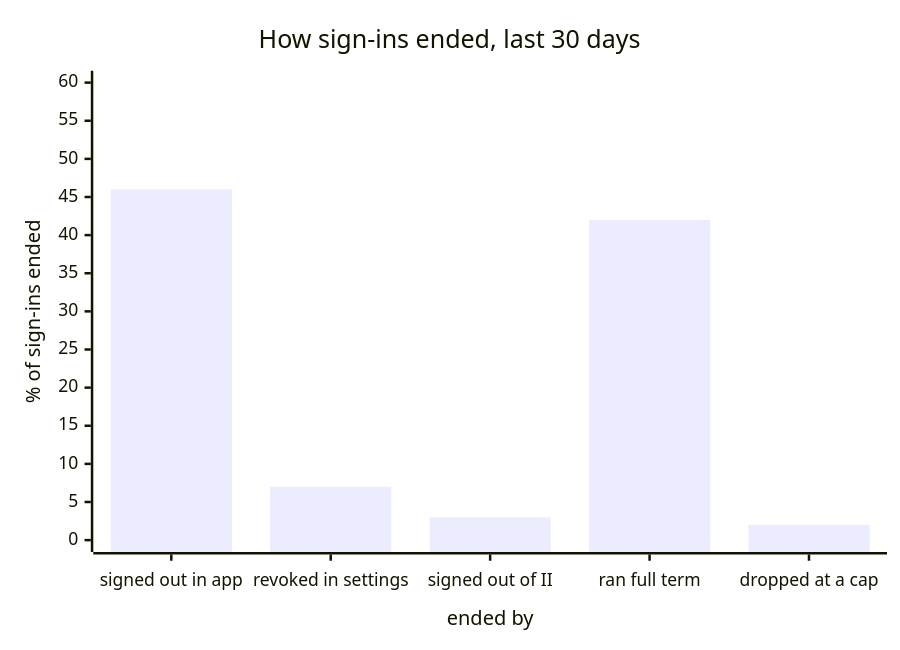
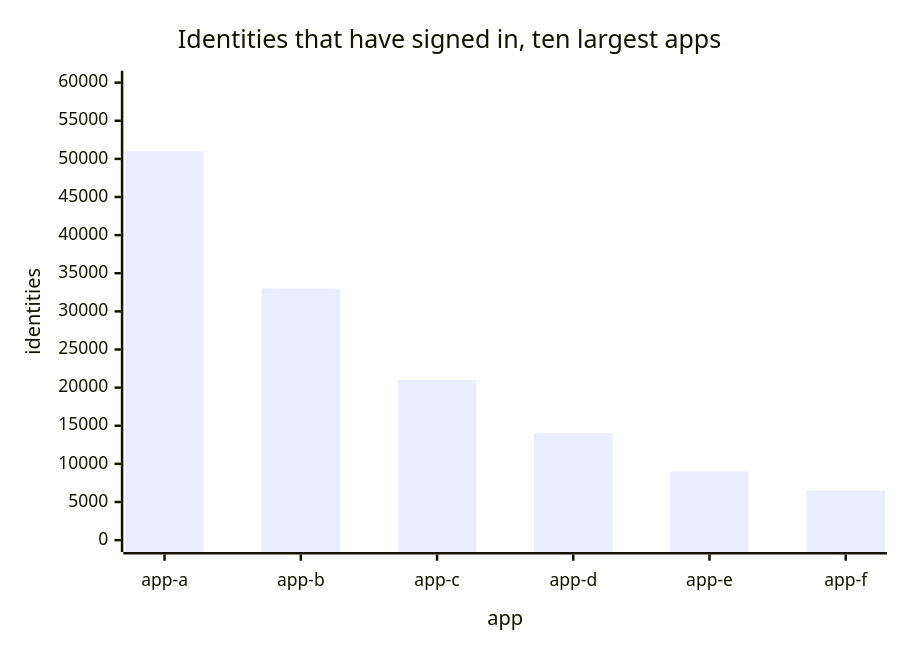
Before and after one commit to dfinity/internet-identity: the fifth of 8 diagrams in docs/ongoing/metrics-dashboards/usage.md, drawn with Mermaid. The commit also changed other lines of this file and 7 other files, not shown here.

````diff
--- a/docs/ongoing/metrics-dashboards/usage.md
+++ b/docs/ongoing/metrics-dashboards/usage.md
@@ -67,7 +71,7 @@
 ```mermaid
 xychart-beta
-  title "How sign-ins ended, last 30 days"
-  x-axis "ended by" ["signed out in app", "revoked in settings", "signed out of II", "ran full term", "dropped at a cap"]
-  y-axis "% of sign-ins ended" 0 --> 60
-  bar [46, 7, 3, 42, 2]
+  title "Identities that have signed in, ten largest apps"
+  x-axis "app" ["app-a", "app-b", "app-c", "app-d", "app-e", "app-f"]
+  y-axis "identities" 0 --> 60000
+  bar [51000, 33000, 21000, 14000, 9000, 6500]
 ```
````
